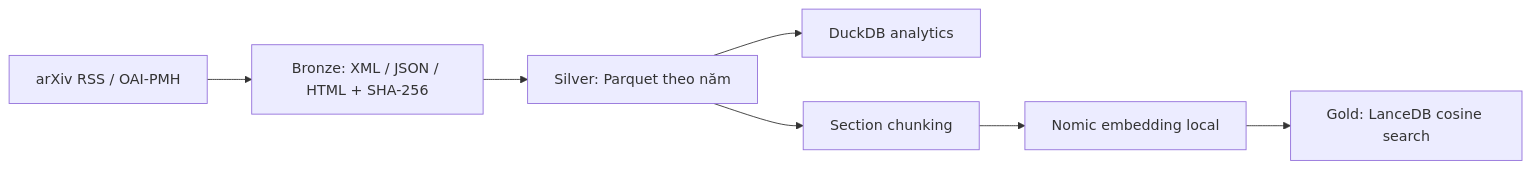
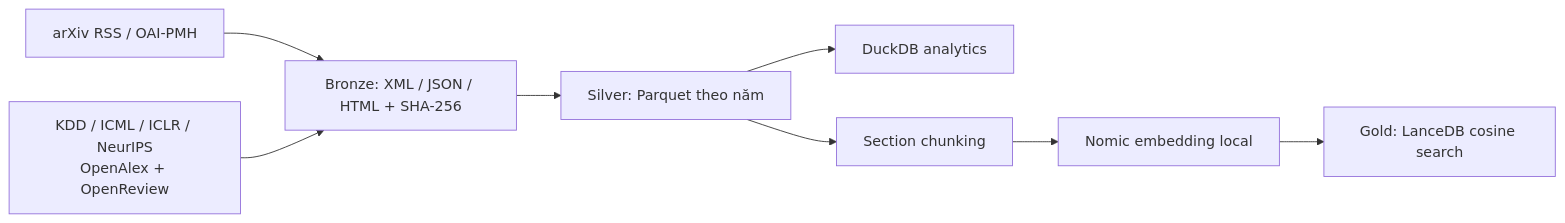
One commit to zombieTDV/UTH-Data-Mining-Real-Time-Scientific-Data-Mining-Advanced-RAG-System-for-AI-DS changed the diagram in README.md. Above: the diagram before and after it, drawn with Mermaid. The commit also changed other lines of this file and 30 other files, not shown here.

````diff
--- a/README.md
+++ b/README.md
@@ -15,9 +15,11 @@
 ```mermaid
 flowchart LR
     A[arXiv RSS / OAI-PMH] --> B[Bronze: XML / JSON / HTML + SHA-256]
     B --> C[Silver: Parquet theo năm]
     C --> D[DuckDB analytics]
     C --> E[Section chunking]
     E --> F[Nomic embedding local]
     F --> G[Gold: LanceDB cosine search]
+
+    H[KDD / ICML / ICLR / NeurIPS<br/>OpenAlex + OpenReview] --> B
 ```
````
